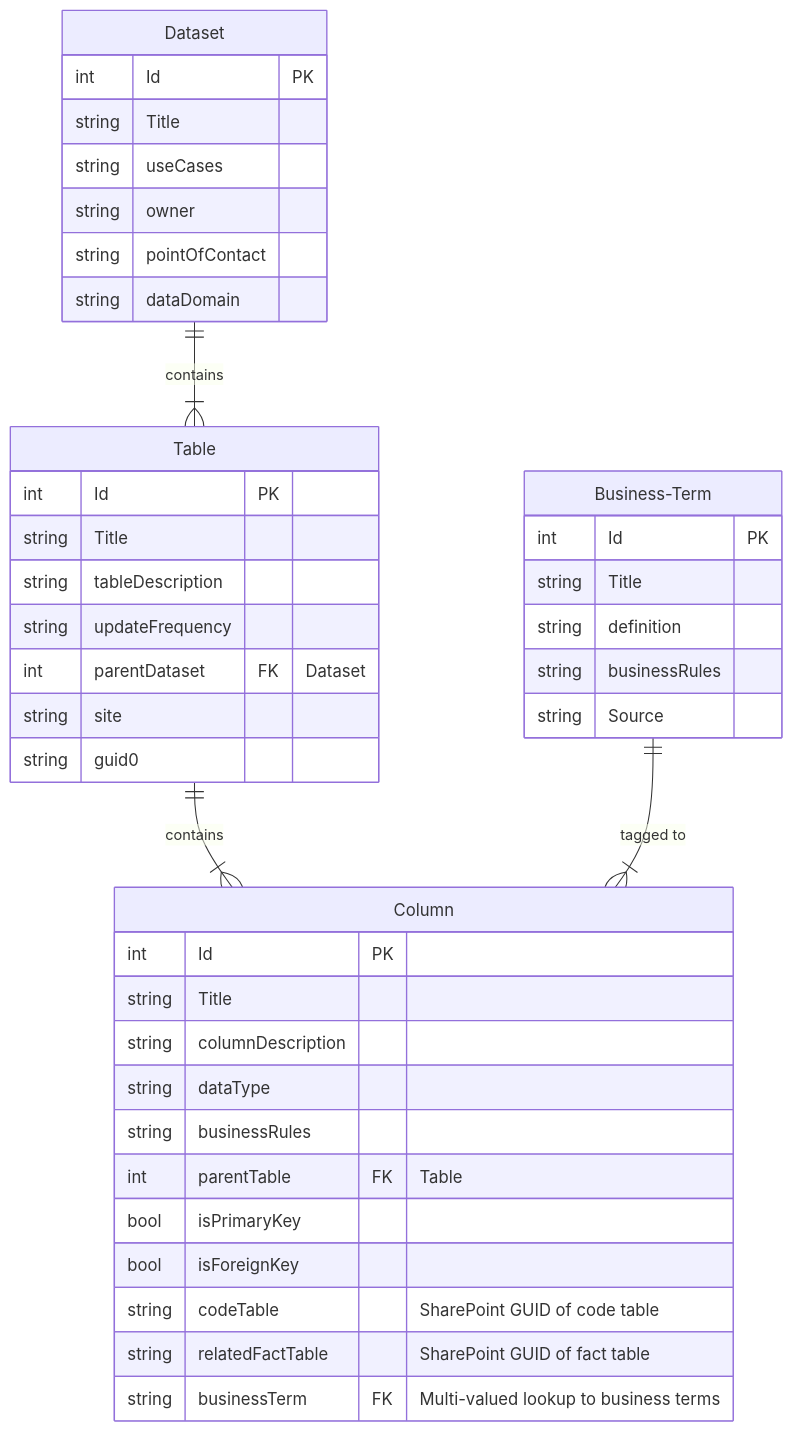
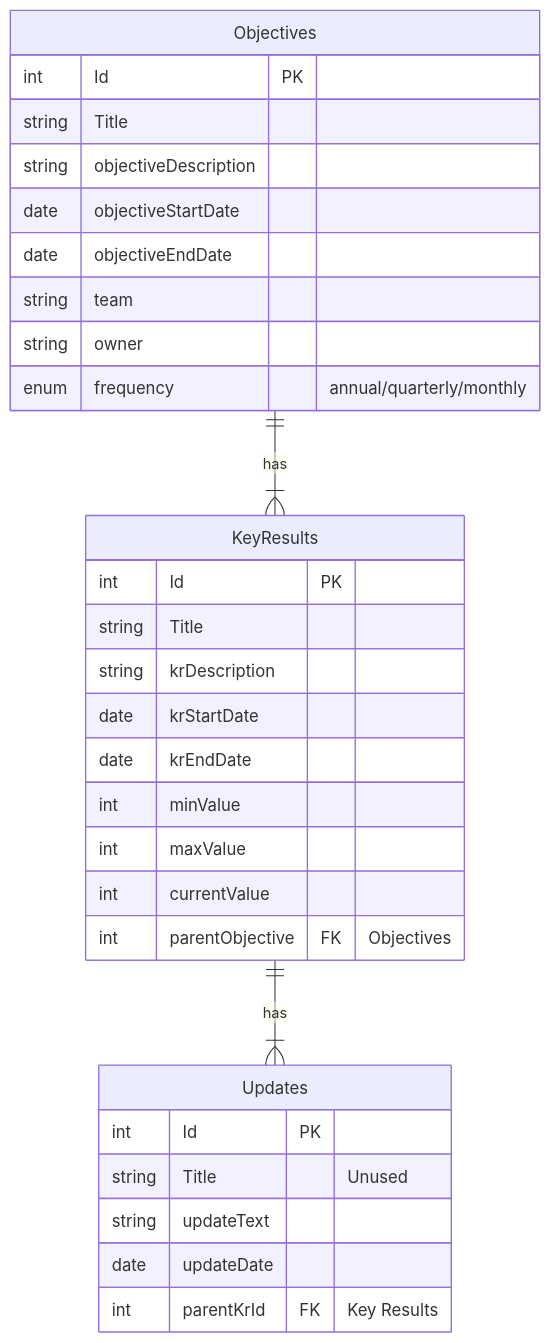
One commit to chrischow/rokr changed the diagram in README.md. Above: the diagram before and after it, drawn with Mermaid.

Commit message:
Update ERD

````diff
--- a/README.md
+++ b/README.md
@@ -15,43 +15,33 @@
 ```mermaid
 erDiagram
-  Dataset ||--|{ Table : contains
-  Table ||--|{ Column : contains
-  Business-Term ||--|{ Column : "tagged to"
-  Dataset {
+  Objectives ||--|{ KeyResults : has
+  KeyResults ||--|{ Updates : has
+  Objectives {
     int Id PK
     string Title
-    string useCases
+    string objectiveDescription
+    date objectiveStartDate
+    date objectiveEndDate
+    string team
     string owner
-    string pointOfContact
-    string dataDomain
+    enum frequency "annual/quarterly/monthly"
   }
-  Table {
+  KeyResults {
     int Id PK
     string Title
-    string tableDescription
-    string updateFrequency
-    int parentDataset FK "Dataset"
-    string site
-    string guid0
+    string krDescription
+    date krStartDate
+    date krEndDate
+    int minValue
+    int maxValue
+    int currentValue
+    int parentObjective FK "Objectives"
   }
-  Column {
+  Updates {
     int Id PK
-    string Title
-    string columnDescription
-    string dataType
-    string businessRules
-    int parentTable FK "Table"
-    bool isPrimaryKey
-    bool isForeignKey
-    string codeTable "SharePoint GUID of code table"
-    string relatedFactTable "SharePoint GUID of fact table"
-    string businessTerm FK "Multi-valued lookup to business terms"
-  }
-  Business-Term {
-    int Id PK
-    string Title
-    string definition
-    string businessRules
-    string Source
+    string Title "Unused"
+    string updateText
+    date updateDate
+    int parentKrId FK "Key Results"
   }
 ```
````
